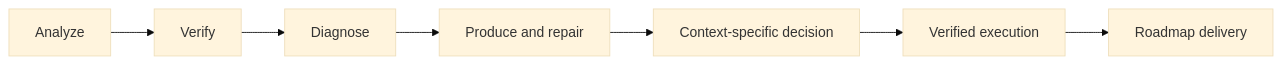
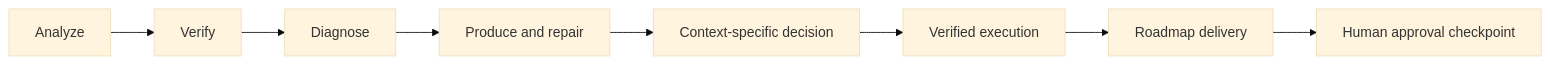
Before and after one commit to markovchainmontecarlo/sigil: the first of 9 diagrams in docs/explanation/ephemeral-sigil-patterns.md, drawn with Mermaid (base theme). The commit also changed other lines of this file, not shown here.

Commit message:
Separate human approval into its own pattern

````diff
--- a/docs/explanation/ephemeral-sigil-patterns.md
+++ b/docs/explanation/ephemeral-sigil-patterns.md
@@ -23,9 +24,10 @@
 ```mermaid
 flowchart LR
   Analyze[Analyze] --> Verify[Verify]
   Verify --> Diagnose[Diagnose]
   Diagnose --> Produce[Produce and repair]
   Produce --> Decide[Context-specific decision]
   Decide --> Execute[Verified execution]
   Execute --> Program[Roadmap delivery]
+  Program --> Approve[Human approval checkpoint]
 ```
````
